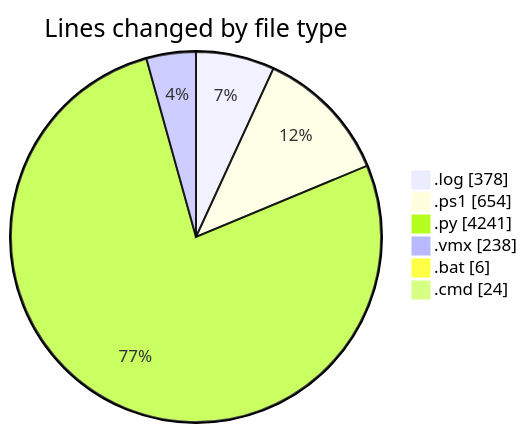
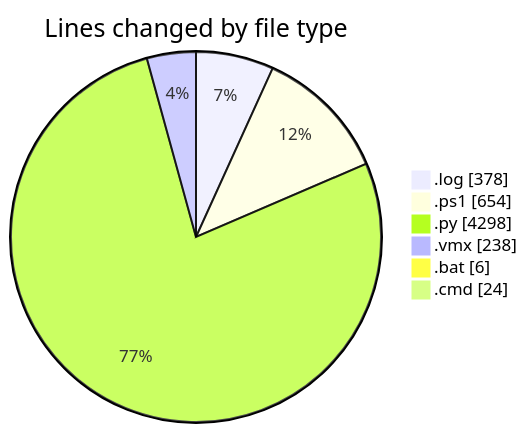
Before and after one commit to shibass792/code-tracking: the first of 2 diagrams in 2026-07-08/twenty_versions_aminor/README.md, drawn with Mermaid. The commit also changed other lines of this file and 1 other file, not shown here.

````diff
--- a/2026-07-08/twenty_versions_aminor/README.md
+++ b/2026-07-08/twenty_versions_aminor/README.md
@@ -49,10 +49,10 @@
 ```mermaid
 pie showData
 title Lines changed by file type
 ".log" : 378
 ".ps1" : 654
-".py" : 4241
+".py" : 4298
 ".vmx" : 238
 ".bat" : 6
 ".cmd" : 24
 ```
````
